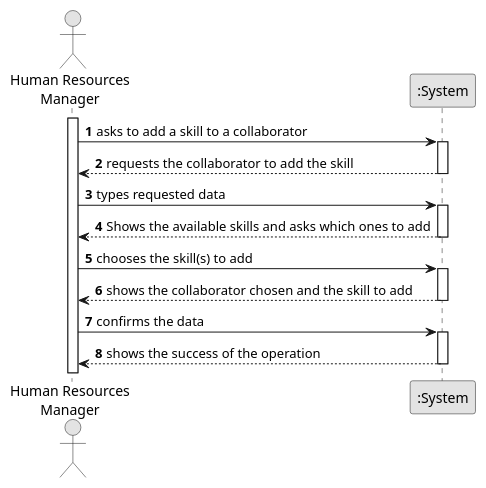
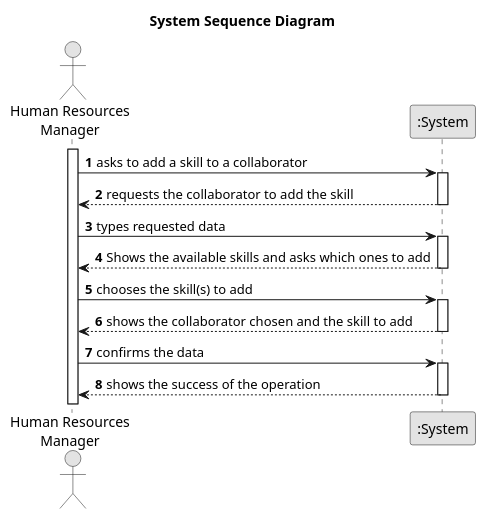
One commit to RicardoMorim/lapr2-ISEP-Project changed the diagram in docs/sprintA/us004/01.requirements-engineering/puml/us004-alternative-one.puml. Above: the diagram before and after it, drawn with PlantUML. The commit also changed 9 other files, not shown here.

```diff
--- a/docs/sprintA/us004/01.requirements-engineering/puml/us004-alternative-one.puml
+++ b/docs/sprintA/us004/01.requirements-engineering/puml/us004-alternative-one.puml
@@ -1,40 +1,40 @@
 @startuml
 skinparam monochrome true
 skinparam packageStyle rectangle
 skinparam shadowing false
 
-
+title System Sequence Diagram
 
 autonumber
 
 actor "Human Resources\nManager" as Employee
 participant ":System" as System
 
 activate Employee
 
     Employee -> System : asks to add a skill to a collaborator
     activate System
 
 
     System --> Employee : requests the collaborator to add the skill
     deactivate System
 
     Employee -> System : types requested data
     activate System
 
     System --> Employee : Shows the available skills and asks which ones to add
     deactivate System
 
     Employee -> System : chooses the skill(s) to add
     activate System
 
     System --> Employee : shows the collaborator chosen and the skill to add
     deactivate System
 
     Employee -> System : confirms the data
     activate System
 
     System --> Employee : shows the success of the operation
     deactivate System
 
 @enduml
```
